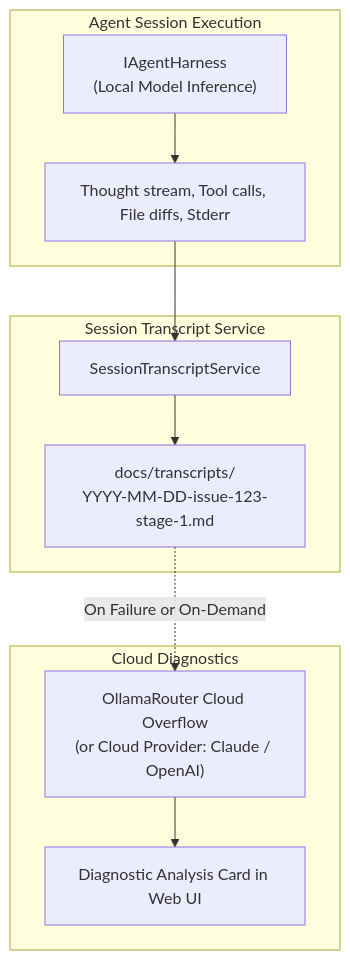
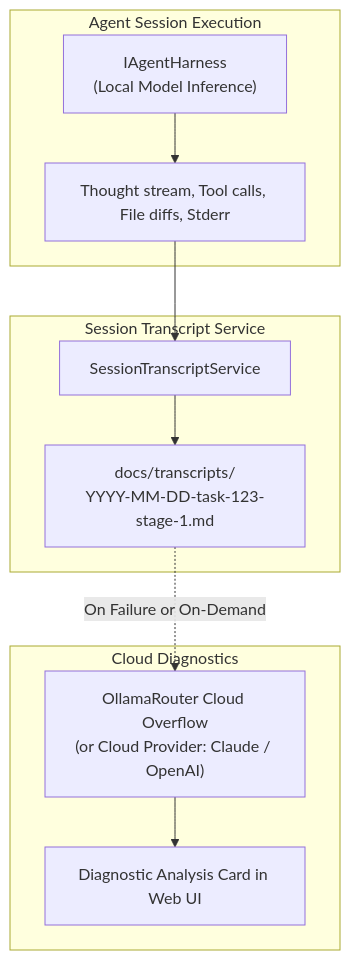
One commit to jetelain/NightCodeForge changed diagram 17 of 22 in docs/ARCHITECTURE.md. Above: the diagram before and after it, drawn with Mermaid. The commit also changed other lines of this file and 151 other files, not shown here.

Commit message:
Issue -> Task

````diff
--- a/docs/ARCHITECTURE.md
+++ b/docs/ARCHITECTURE.md
@@ -1209,23 +1209,23 @@
 ```mermaid
 flowchart TD
     subgraph Execution ["Agent Session Execution"]
         Harness["IAgentHarness\n(Local Model Inference)"]
         Stream["Thought stream, Tool calls, File diffs, Stderr"]
     end
 
     subgraph TranscriptLayer ["Session Transcript Service"]
         Writer["SessionTranscriptService"]
-        MarkdownFile["docs/transcripts/\nYYYY-MM-DD-issue-123-stage-1.md"]
+        MarkdownFile["docs/transcripts/\nYYYY-MM-DD-task-123-stage-1.md"]
     end
 
     subgraph DiagnosticEngine ["Cloud Diagnostics"]
         CloudGateway["OllamaRouter Cloud Overflow\n(or Cloud Provider: Claude / OpenAI)"]
         DiagnosticReport["Diagnostic Analysis Card in Web UI"]
     end
 
     Harness --> Stream
     Stream --> Writer
     Writer --> MarkdownFile
     MarkdownFile -.->|"On Failure or On-Demand"| CloudGateway
     CloudGateway --> DiagnosticReport
 ```
````
